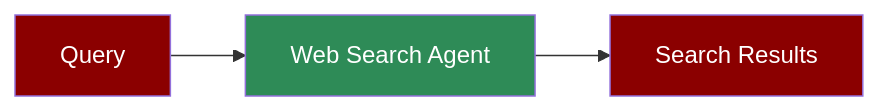
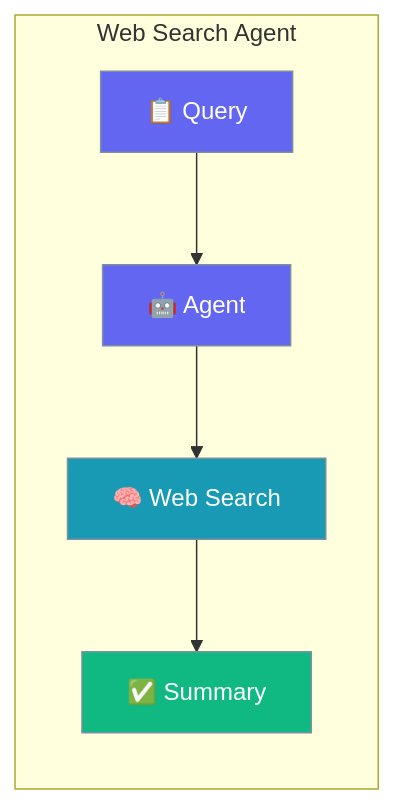
One commit to MervinPraison/PraisonAIDocs changed the first of 2 diagrams in docs/agents/websearch.mdx. Above: the diagram before and after it, drawn with Mermaid. The commit also changed other lines of this file and 1 other file, not shown here.

````diff
--- a/docs/agents/websearch.mdx
+++ b/docs/agents/websearch.mdx
@@ -8,9 +23,16 @@
 ```mermaid
-flowchart LR
-    In[Query] --> Agent[Web Search Agent]
-    Agent --> Out[Search Results]
-    
-    style In fill:#8B0000,color:#fff
-    style Agent fill:#2E8B57,color:#fff
-    style Out fill:#8B0000,color:#fff
+graph LR
+    subgraph "Web Search Agent"
+        User[📋 Query] --> Agent[🤖 Agent]
+        Agent --> Search[🧠 Web Search]
+        Search --> Result[✅ Summary]
+    end
+
+    classDef input fill:#6366F1,stroke:#7C90A0,color:#fff
+    classDef process fill:#189AB4,stroke:#7C90A0,color:#fff
+    classDef output fill:#10B981,stroke:#7C90A0,color:#fff
+
+    class User,Agent input
+    class Search process
+    class Result output
 ```
````
